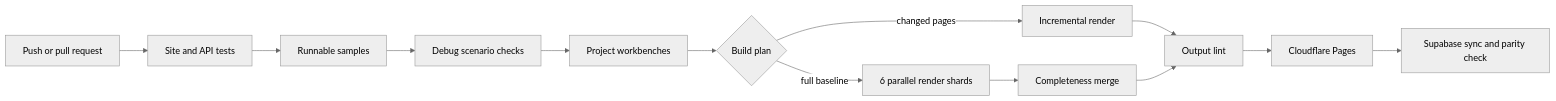
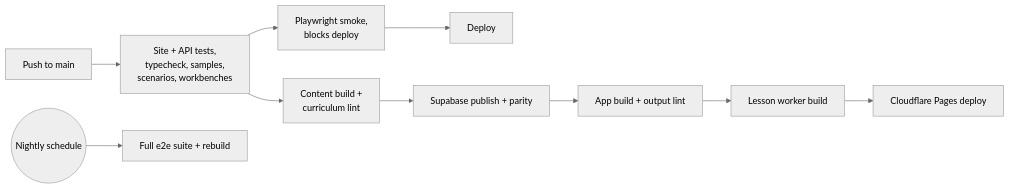
Before and after one commit to fallowlone/Skein: the fourth of 4 diagrams in README.md, drawn with Mermaid (neutral theme). The commit also changed other lines of this file and 1 other file, not shown here.

First line of the commit message:
docs: add LICENSE-CONTENT.md and refresh README

````diff
--- a/README.md
+++ b/README.md
@@ -369,15 +371,12 @@
 ```mermaid
 flowchart LR
-    PR[Push or pull request] --> Tests[Site and API tests]
-    Tests --> Samples[Runnable samples]
-    Samples --> Scenarios[Debug scenario checks]
-    Scenarios --> Projects[Project workbenches]
-    Projects --> Plan{Build plan}
-    Plan -->|changed pages| Incremental[Incremental render]
-    Plan -->|full baseline| Shards[6 parallel render shards]
-    Incremental --> DistLint[Output lint]
-    Shards --> Merge[Completeness merge]
-    Merge --> DistLint
-    DistLint --> Deploy[Cloudflare Pages]
-    Deploy --> Mirror[Supabase sync and parity check]
+    PR[Push to main] --> Gates[Site + API tests,<br/>typecheck, samples,<br/>scenarios, workbenches]
+    Gates --> Smoke[Playwright smoke,<br/>blocks deploy]
+    Gates --> Content[Content build +<br/>curriculum lint]
+    Smoke --> Deploy
+    Content --> Mirror[Supabase publish + parity]
+    Mirror --> App[App build + output lint]
+    App --> Worker[Lesson worker build]
+    Worker --> Pages[Cloudflare Pages deploy]
+    Nightly((Nightly schedule)) --> Full[Full e2e suite + rebuild]
 ```
````
